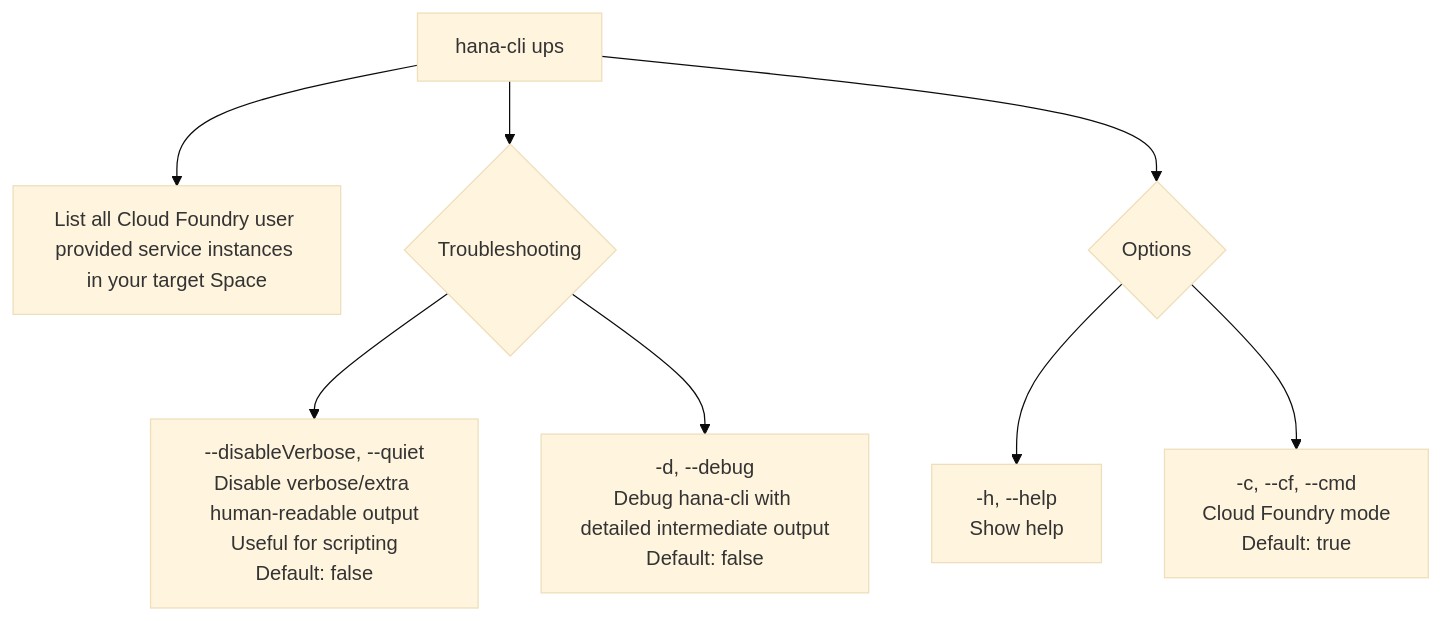
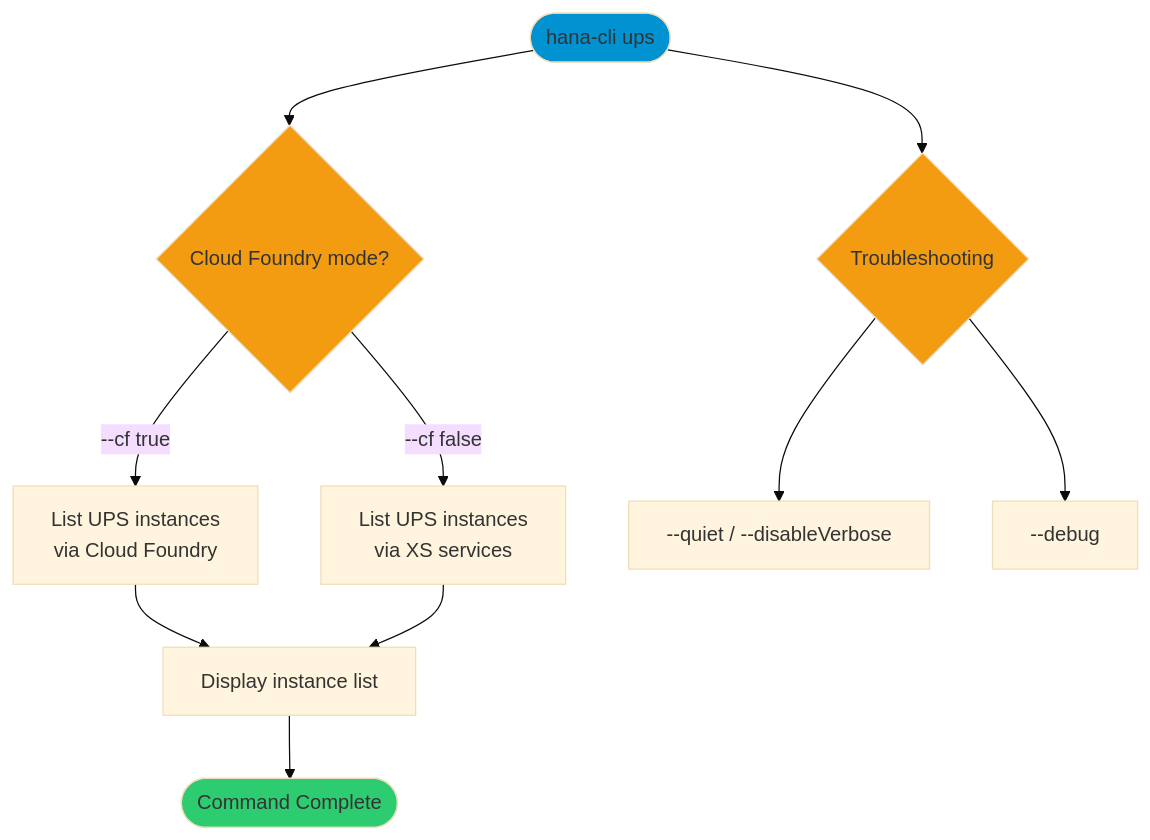
Before and after one commit to SAP-samples/hana-developer-cli-tool-example: the first of 2 diagrams in docs/02-commands/hana-cloud/hana-cloud-u-p-s-instances.md, drawn with Mermaid (base theme). The commit also changed other lines of this file and 8 other files, not shown here.

Commit message:
feat: enhance documentation for HANA Cloud commands with improved clarity and consistency

````diff
--- a/docs/02-commands/hana-cloud/hana-cloud-u-p-s-instances.md
+++ b/docs/02-commands/hana-cloud/hana-cloud-u-p-s-instances.md
@@ -27,12 +27,17 @@
 ```mermaid
-flowchart TD
-    A["hana-cli ups"] --> B["List all Cloud Foundry user provided service instances in your target Space"]
+graph TD
+    Start([hana-cli ups]) --> Mode{Cloud Foundry mode?}
+    Mode -->|--cf true| CF["List UPS instances<br/>via Cloud Foundry"]
+    Mode -->|--cf false| XS["List UPS instances<br/>via XS services"]
+    CF --> Output["Display instance list"]
+    XS --> Output
+    Start --> Options{Troubleshooting}
+    Options --> Quiet["--quiet / --disableVerbose"]
+    Options --> Debug["--debug"]
+    Output --> Complete([Command Complete])
 
-    A --> C{"Troubleshooting"}
-    C --> C1["--disableVerbose, --quiet\nDisable verbose/extra human-readable output\nUseful for scripting\nDefault: false"]
-    C --> C2["-d, --debug\nDebug hana-cli with detailed intermediate output\nDefault: false"]
-
-    A --> D{"Options"}
-    D --> D1["-h, --help\nShow help"]
-    D --> D2["-c, --cf, --cmd\nCloud Foundry mode\nDefault: true"]
+    style Start fill:#0092d1
+    style Complete fill:#2ecc71
+    style Mode fill:#f39c12
+    style Options fill:#f39c12
 ```
````
